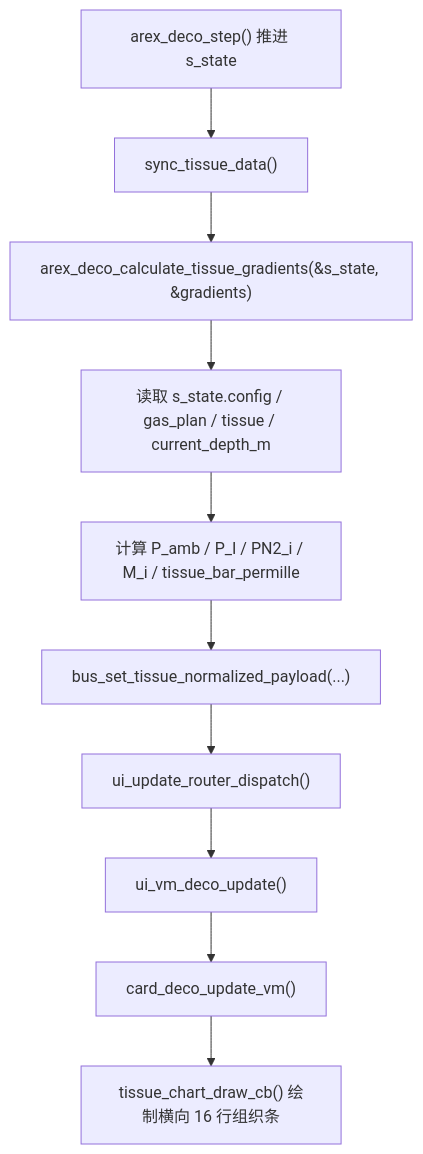
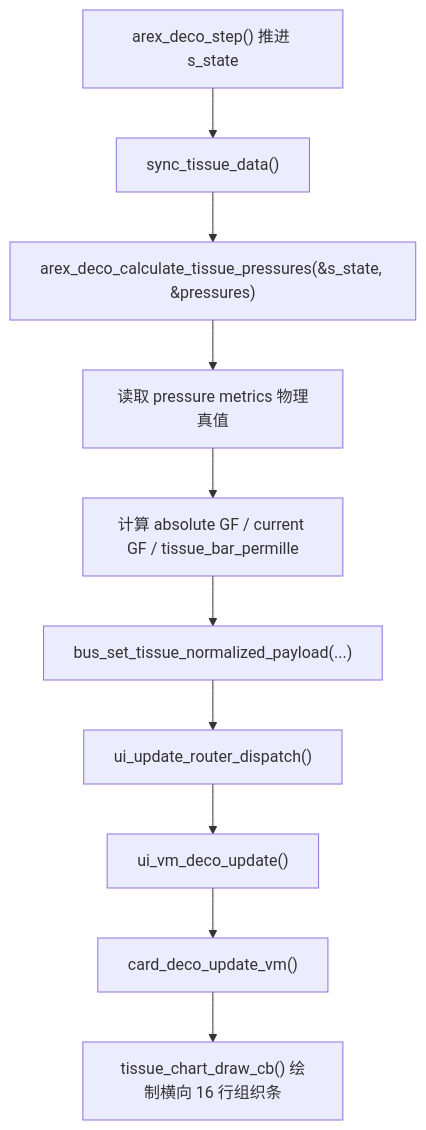
The diagram in UI_html_DOC/16组织仓归一化视图计算说明.md (arexvision/lv_port_win_codeblocks-release-v8.3_hasGroup), drawn with Mermaid before and after one commit. The commit also changed other lines of this file and 21 other files, not shown here.

````diff
--- a/UI_html_DOC/16组织仓归一化视图计算说明.md
+++ b/UI_html_DOC/16组织仓归一化视图计算说明.md
@@ -30,12 +30,12 @@
 ```mermaid
 flowchart TD
     A["arex_deco_step() 推进 s_state"] --> B["sync_tissue_data()"]
-    B --> C["arex_deco_calculate_tissue_gradients(&s_state, &gradients)"]
-    C --> D["读取 s_state.config / gas_plan / tissue / current_depth_m"]
-    D --> E["计算 P_amb / P_I / PN2_i / M_i / tissue_bar_permille"]
+    B --> C["arex_deco_calculate_tissue_pressures(&s_state, &pressures)"]
+    C --> D["读取 pressure metrics 物理真值"]
+    D --> E["计算 absolute GF / current GF / tissue_bar_permille"]
     E --> F["bus_set_tissue_normalized_payload(...)"]
     F --> G["ui_update_router_dispatch()"]
     G --> H["ui_vm_deco_update()"]
     H --> I["card_deco_update_vm()"]
     I --> J["tissue_chart_draw_cb() 绘制横向 16 行组织条"]
 ```
````
